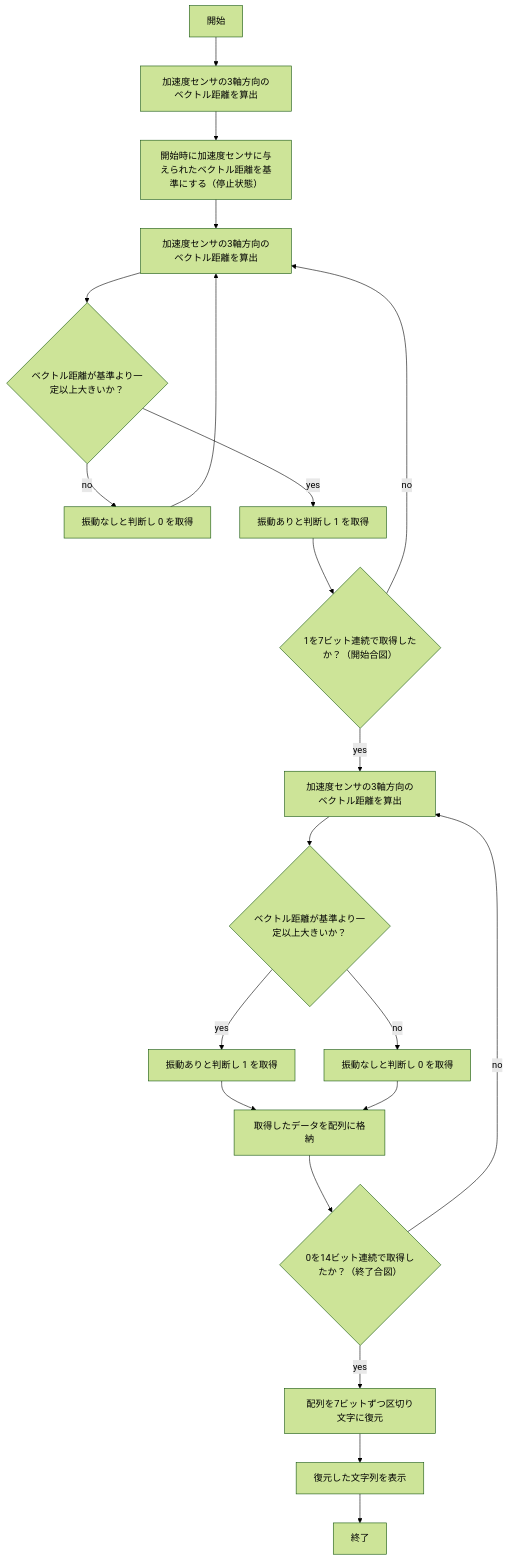
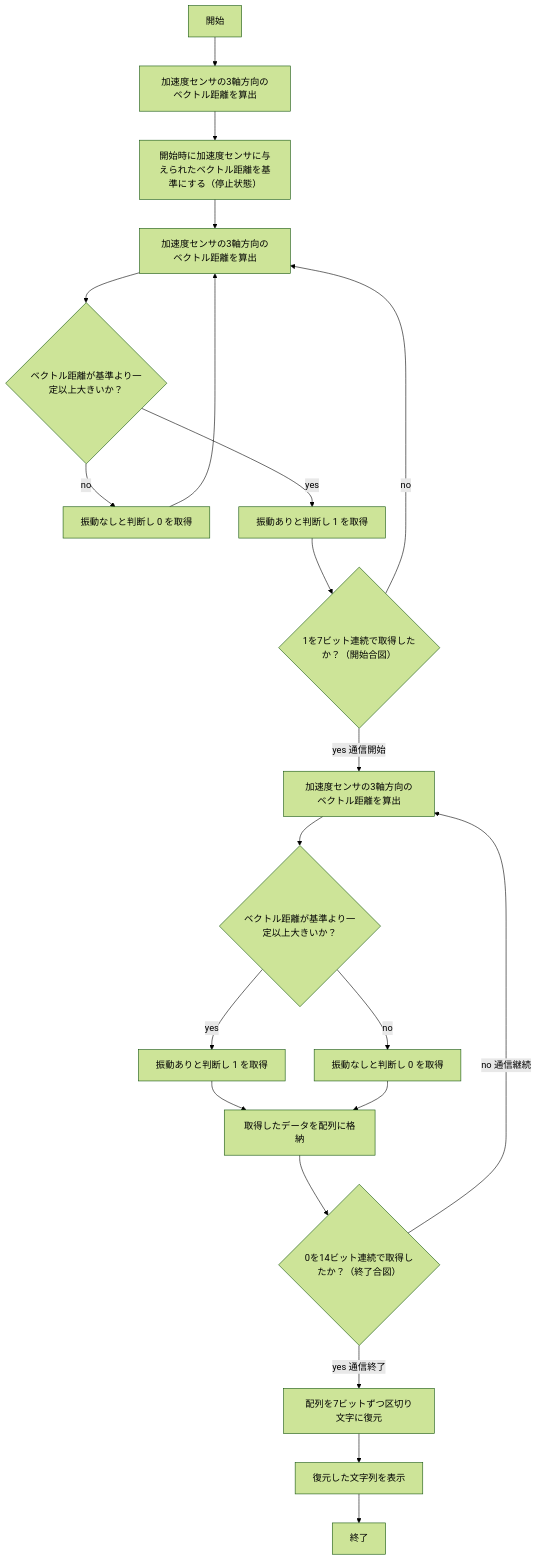
Diagram 12 of 12 in README.md (kanayuu0404/hakkason), drawn with Mermaid (forest theme) before and after one commit. The commit also changed other lines of this file, not shown here.

````diff
--- a/README.md
+++ b/README.md
@@ -309,47 +319,47 @@
 ```mermaid
 flowchart TD;
 
 start["開始"]
 end1["終了"]
 
 bekutoru1["加速度センサの3軸方向のベクトル距離を算出"]
 kijyun["開始時に加速度センサに与えられたベクトル距離を基準にする（停止状態）"]
 bekutoru2["加速度センサの3軸方向のベクトル距離を算出"]
 if1{"ベクトル距離が基準より一定以上大きいか？"}
 syutoku0["振動なしと判断し 0 を取得"]
 syutoku1["振動ありと判断し 1 を取得"]
 if2{"1を7ビット連続で取得したか？（開始合図）"}
 
 bekutoru3["加速度センサの3軸方向のベクトル距離を算出"]
 if3{"ベクトル距離が基準より一定以上大きいか？"}
 syutoku02["振動なしと判断し 0 を取得"]
 syutoku12["振動ありと判断し 1 を取得"]
 kakuno["取得したデータを配列に格納"]
 if4{"0を14ビット連続で取得したか？（終了合図）"}
 
 hukugen["配列を7ビットずつ区切り文字に復元"]
 hyouji["復元した文字列を表示"]
 
 start --> bekutoru1
 bekutoru1 --> kijyun
 kijyun --> bekutoru2
 bekutoru2 --> if1
 if1 -->|yes| syutoku1
 if1 -->|no| syutoku0
 syutoku0 --> bekutoru2
 syutoku1 --> if2
-if2 -->|yes| bekutoru3
+if2 -->|yes 通信開始| bekutoru3
 if2 -->|no| bekutoru2
 
 bekutoru3 --> if3
 if3 -->|yes| syutoku12
 if3 -->|no| syutoku02
 syutoku12 --> kakuno
 syutoku02 --> kakuno
 kakuno --> if4
-if4 -->|yes| hukugen
-if4 -->|no| bekutoru3
+if4 -->|yes 通信終了| hukugen
+if4 -->|no 通信継続| bekutoru3
 
 hukugen --> hyouji
 hyouji --> end1
 ```
````
